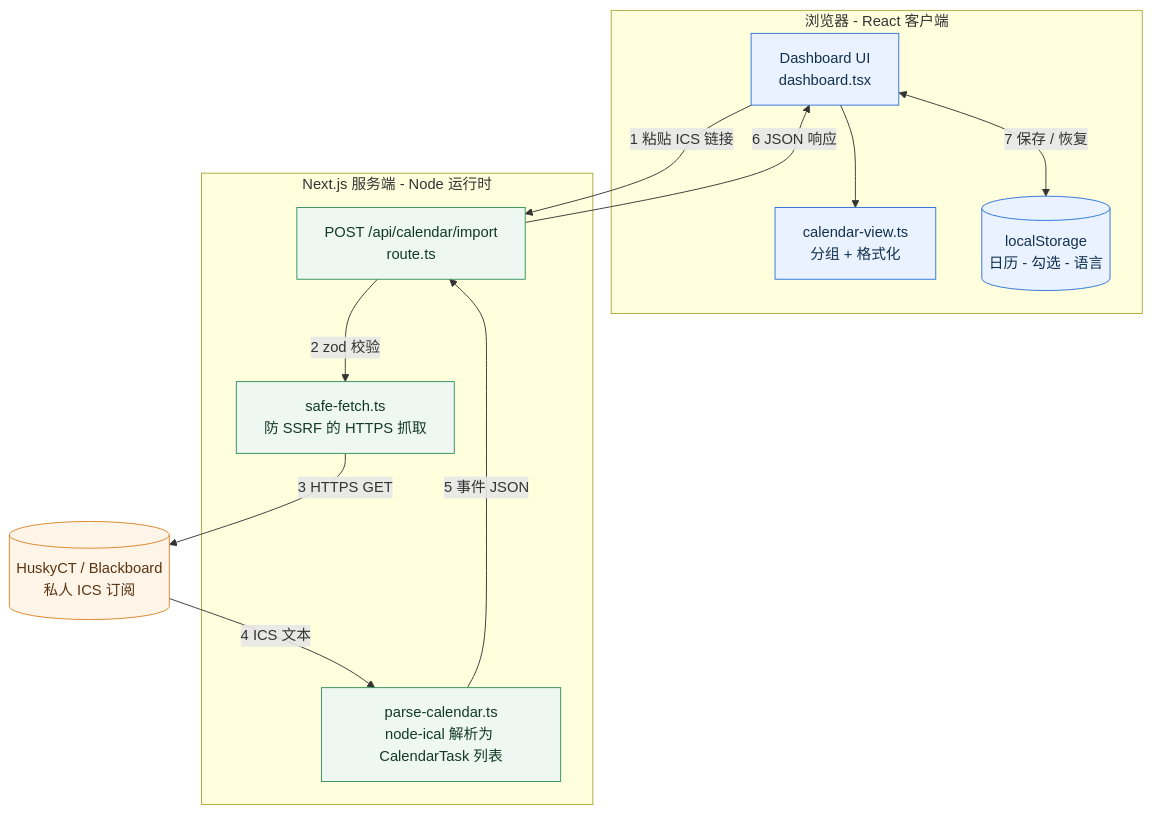
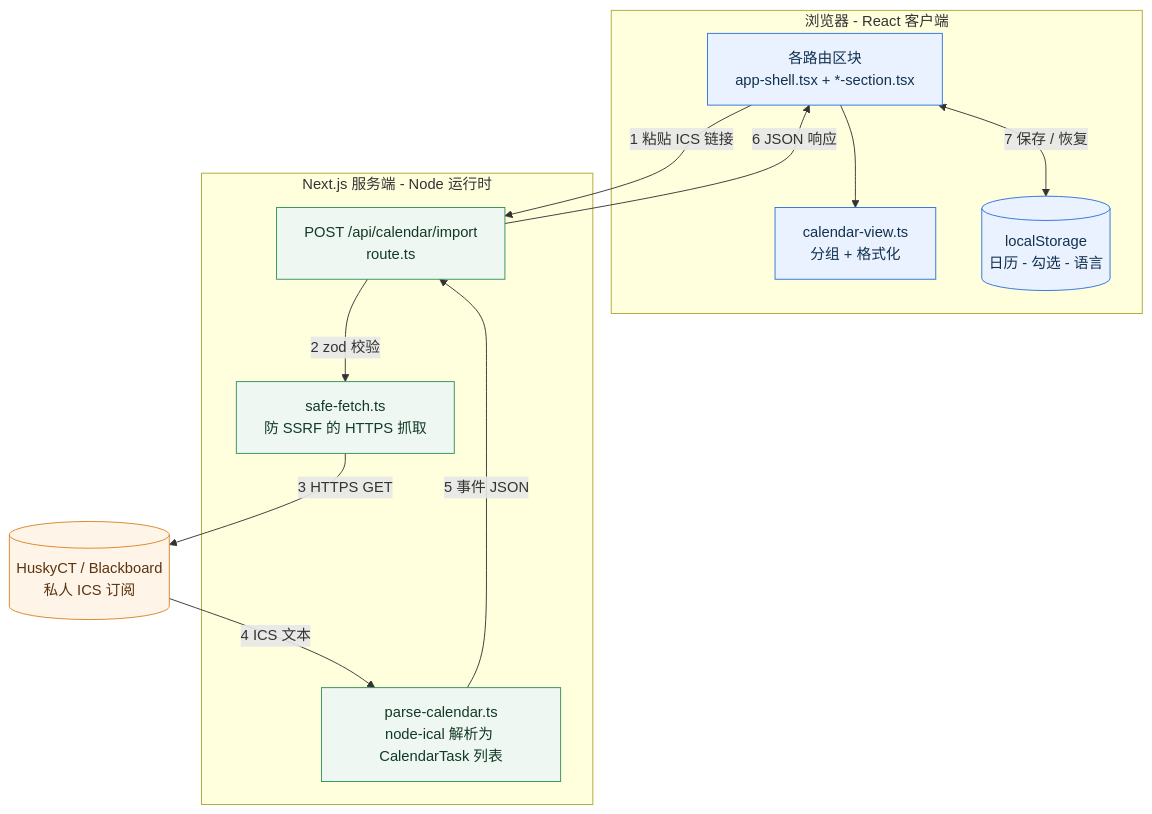
One commit to NoGod3524/huskypilot changed the diagram in README.zh.md. Above: the diagram before and after it, drawn with Mermaid. The commit also changed other lines of this file and 13 other files, not shown here.

````diff
--- a/README.zh.md
+++ b/README.zh.md
@@ -36,32 +36,32 @@
 ```mermaid
 flowchart TB
     subgraph Browser["浏览器 - React 客户端"]
-        UI["Dashboard UI<br/>dashboard.tsx"]
+        UI["各路由区块<br/>app-shell.tsx + *-section.tsx"]
         VIEW["calendar-view.ts<br/>分组 + 格式化"]
         STORE[("localStorage<br/>日历 - 勾选 - 语言")]
     end
 
     subgraph Server["Next.js 服务端 - Node 运行时"]
         API["POST /api/calendar/import<br/>route.ts"]
         GUARD["safe-fetch.ts<br/>防 SSRF 的 HTTPS 抓取"]
         PARSE["parse-calendar.ts<br/>node-ical 解析为 CalendarTask 列表"]
     end
 
     FEED[("HuskyCT / Blackboard<br/>私人 ICS 订阅")]
 
     UI -->|"1 粘贴 ICS 链接"| API
     API -->|"2 zod 校验"| GUARD
     GUARD -->|"3 HTTPS GET"| FEED
     FEED -->|"4 ICS 文本"| PARSE
     PARSE -->|"5 事件 JSON"| API
     API -->|"6 JSON 响应"| UI
     UI --> VIEW
     UI <-->|"7 保存 / 恢复"| STORE
 
     classDef client fill:#eaf2ff,stroke:#2a71d8,color:#12314f
     classDef server fill:#eef7f1,stroke:#2f8f5b,color:#123a26
     classDef feed fill:#fff4e8,stroke:#d98324,color:#5a3410
     class UI,VIEW,STORE client
     class API,GUARD,PARSE server
     class FEED feed
 ```
````
